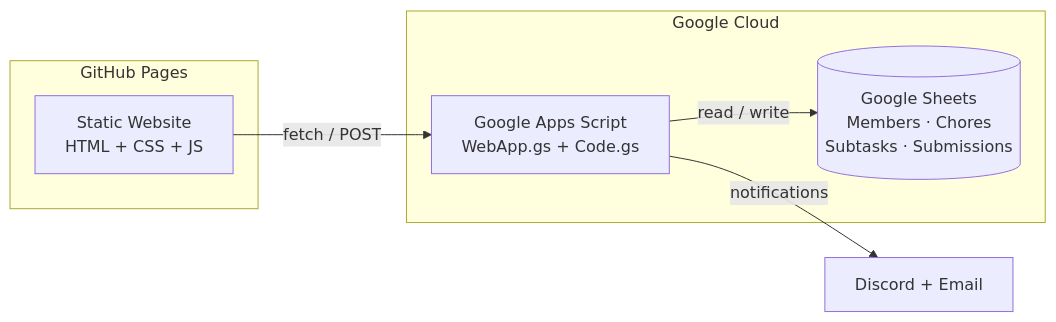
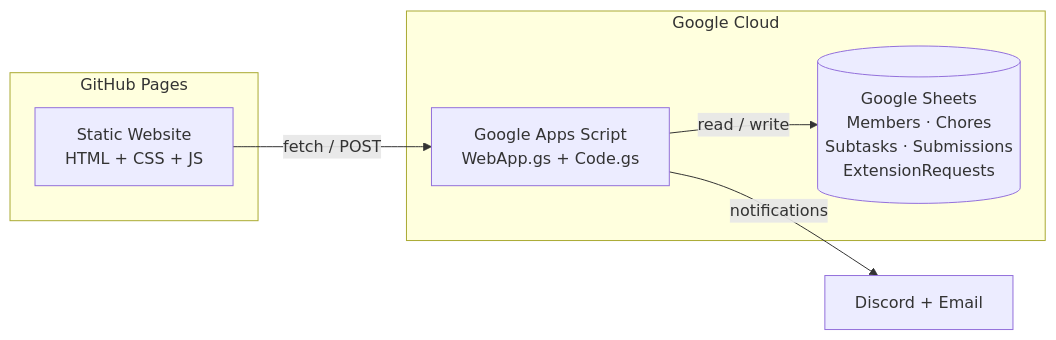
One commit to gaithaca/chores changed the first of 3 diagrams in README.md. Above: the diagram before and after it, drawn with Mermaid. The commit also changed other lines of this file, not shown here.

Commit message:
feat: Add comprehensive user guides for residents and managers, detail API endpoints, and update architecture and sheet structure in the README.

````diff
--- a/README.md
+++ b/README.md
@@ -7,13 +90,13 @@
 ```mermaid
 graph LR
     subgraph "GitHub Pages"
         A[Static Website<br>HTML + CSS + JS]
     end
     subgraph "Google Cloud"
         B[Google Apps Script<br>WebApp.gs + Code.gs]
-        C[(Google Sheets<br>Members · Chores<br>Subtasks · Submissions)]
+        C[(Google Sheets<br>Members · Chores<br>Subtasks · Submissions<br>ExtensionRequests)]
     end
     A -- "fetch / POST" --> B
     B -- "read / write" --> C
     B -- "notifications" --> D[Discord + Email]
 ```
````
